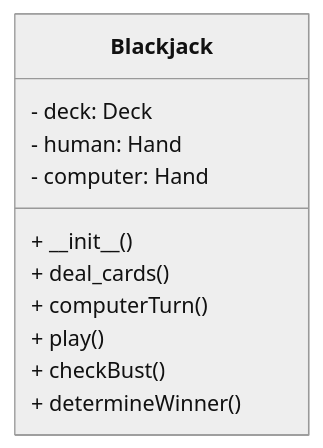
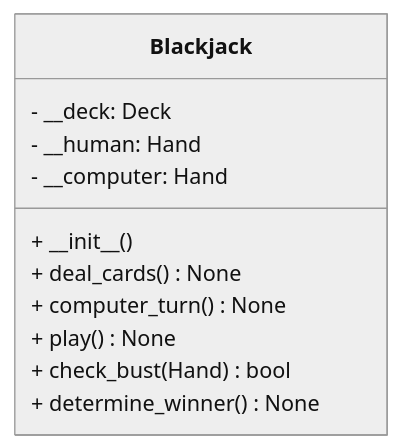
The fifth of 5 diagrams in content/new_syllabus/unit_03_oop/03_polymorphism/_index.md (isf-dp-cs/isf-dp-cs.github.io), drawn with Mermaid (neutral theme) before and after one commit. The commit also changed other lines of this file, not shown here.

Commit message:
polymorphism lab (cards) going live

```diff
--- a/content/new_syllabus/unit_03_oop/03_polymorphism/_index.md
+++ b/content/new_syllabus/unit_03_oop/03_polymorphism/_index.md
@@ -271,14 +270,14 @@
 {{< mermaid >}}
 classDiagram
     class Blackjack {
-        - deck: Deck
-        - human: Hand
-        - computer: Hand
+        - __deck: Deck
+        - __human: Hand
+        - __computer: Hand
         + \_\_init__()
-        + deal_cards()
-        + computerTurn()
-        + play()
-        + checkBust()
-        + determineWinner()
+        + deal_cards() None
+        + computer_turn() None
+        + play() None
+        + check_bust(Hand) bool
+        + determine_winner() None
     } 
 {{< /mermaid >}}
```
